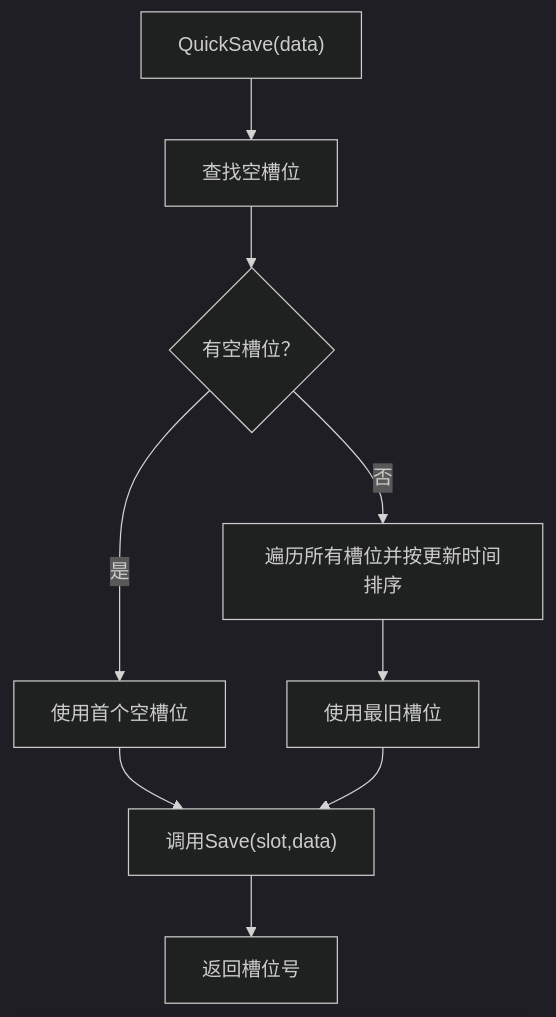
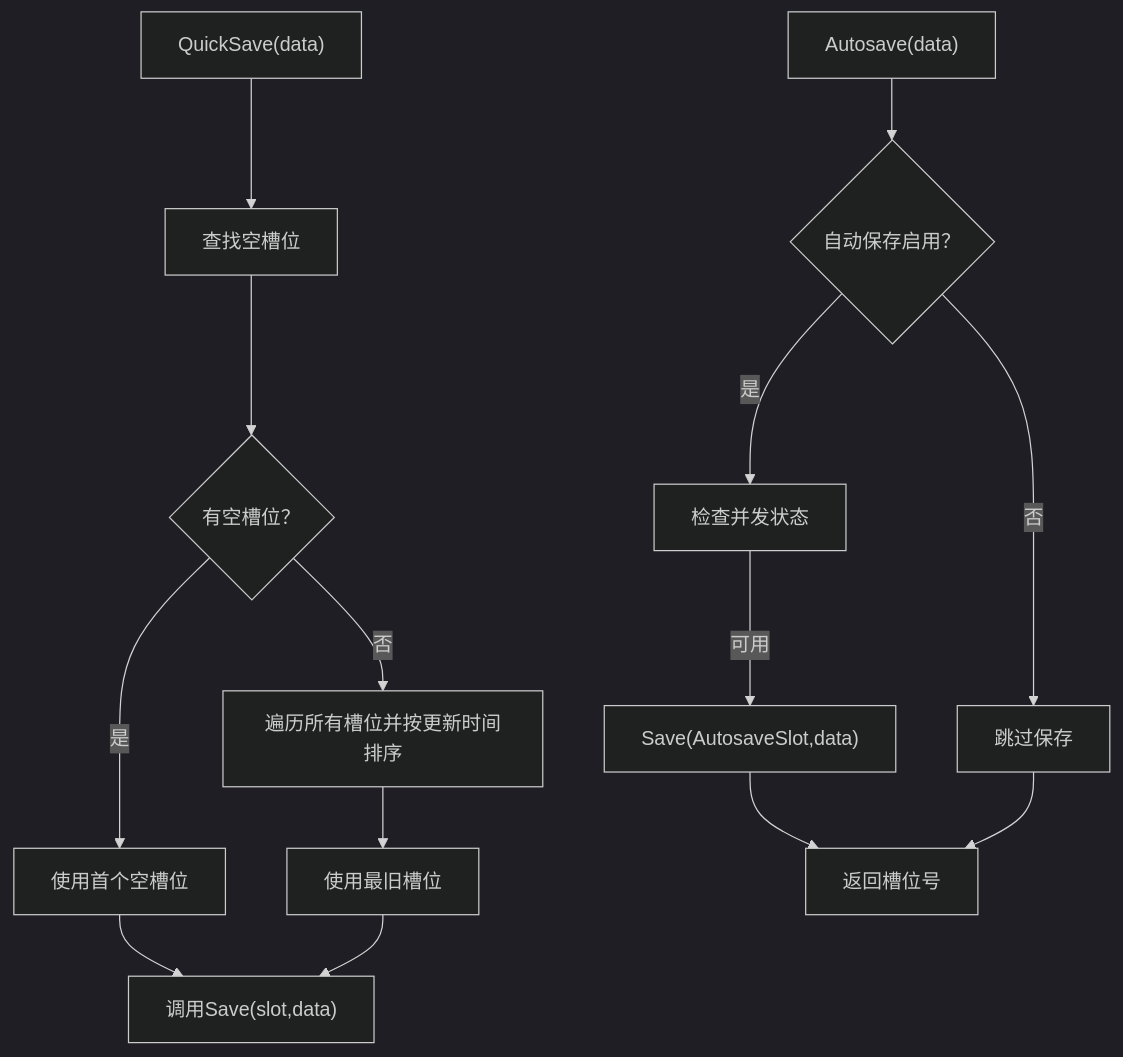
One commit to zwh8800/cdnd changed the seventh of 9 diagrams in .qoder/repowiki/zh/content/存档系统.md. Above: the diagram before and after it, drawn with Mermaid (dark theme). The commit also changed other lines of this file and 23 other files, not shown here.

````diff
--- a/.qoder/repowiki/zh/content/存档系统.md
+++ b/.qoder/repowiki/zh/content/存档系统.md
@@ -298,11 +379,16 @@
 ```mermaid
 flowchart TD
 QS["QuickSave(data)"] --> Empty["查找空槽位"]
 Empty --> HasEmpty{"有空槽位？"}
 HasEmpty --> |是| UseEmpty["使用首个空槽位"]
 HasEmpty --> |否| FindOld["遍历所有槽位并按更新时间排序"]
 FindOld --> UseOldest["使用最旧槽位"]
 UseEmpty --> Save["调用Save(slot,data)"]
 UseOldest --> Save
-Save --> Done["返回槽位号"]
+AS["Autosave(data)"] --> CheckAS{"自动保存启用？"}
+CheckAS --> |是| CheckCAS["检查并发状态"]
+CheckCAS --> |可用| SaveAS["Save(AutosaveSlot,data)"]
+CheckAS --> |否| Skip["跳过保存"]
+SaveAS --> Done["返回槽位号"]
+Skip --> Done
 ```
````
